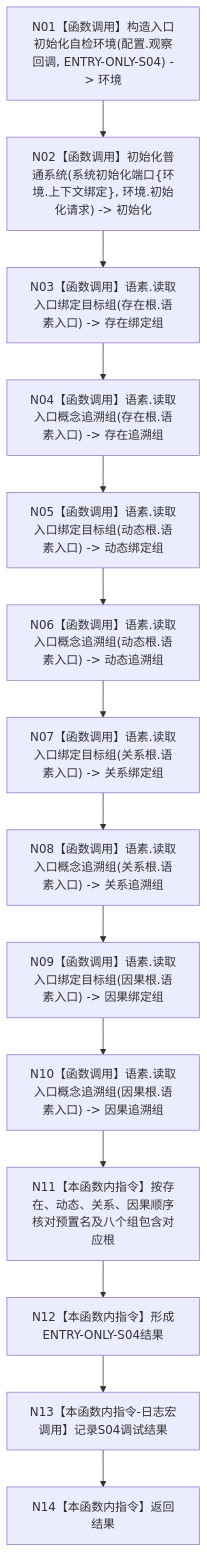
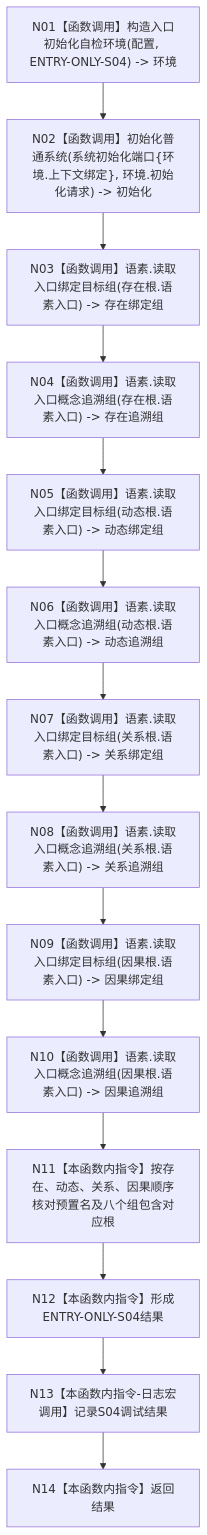
The diagram in 流程图/20260726_ENTRY-ONLY_S04_概念图根名绑定_施工流程图_v0.1.md (chunhaizh-cyber/HY-Ego), drawn with Mermaid before and after one commit. The commit also changed 51 other files, not shown here.

Commit message:
修订 ENTRY-ONLY 登记设计合同

````diff
--- a/流程图/20260726_ENTRY-ONLY_S04_概念图根名绑定_施工流程图_v0.1.md
+++ b/流程图/20260726_ENTRY-ONLY_S04_概念图根名绑定_施工流程图_v0.1.md
@@ -27,16 +27,16 @@
 ```mermaid
 flowchart TD
-    N01["N01【函数调用】构造入口初始化自检环境(配置.观察回调, ENTRY-ONLY-S04) -> 环境"] --> N02["N02【函数调用】初始化普通系统(系统初始化端口{环境.上下文绑定}, 环境.初始化请求) -> 初始化"]
+    N01["N01【函数调用】构造入口初始化自检环境(配置, ENTRY-ONLY-S04) -> 环境"] --> N02["N02【函数调用】初始化普通系统(系统初始化端口{环境.上下文绑定}, 环境.初始化请求) -> 初始化"]
     N02 --> N03["N03【函数调用】语素.读取入口绑定目标组(存在根.语素入口) -> 存在绑定组"]
     N03 --> N04["N04【函数调用】语素.读取入口概念追溯组(存在根.语素入口) -> 存在追溯组"]
     N04 --> N05["N05【函数调用】语素.读取入口绑定目标组(动态根.语素入口) -> 动态绑定组"]
     N05 --> N06["N06【函数调用】语素.读取入口概念追溯组(动态根.语素入口) -> 动态追溯组"]
     N06 --> N07["N07【函数调用】语素.读取入口绑定目标组(关系根.语素入口) -> 关系绑定组"]
     N07 --> N08["N08【函数调用】语素.读取入口概念追溯组(关系根.语素入口) -> 关系追溯组"]
     N08 --> N09["N09【函数调用】语素.读取入口绑定目标组(因果根.语素入口) -> 因果绑定组"]
     N09 --> N10["N10【函数调用】语素.读取入口概念追溯组(因果根.语素入口) -> 因果追溯组"]
     N10 --> N11["N11【本函数内指令】按存在、动态、关系、因果顺序核对预置名及八个组包含对应根"]
     N11 --> N12["N12【本函数内指令】形成ENTRY-ONLY-S04结果"]
     N12 --> N13["N13【本函数内指令-日志宏调用】记录S04调试结果"]
     N13 --> N14["N14【本函数内指令】返回结果"]
 ```
````
